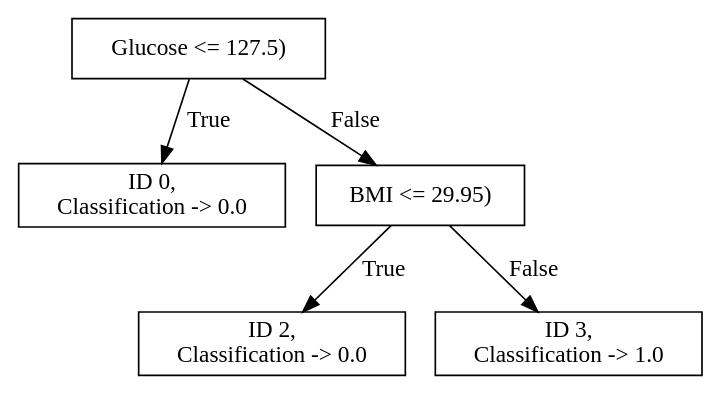
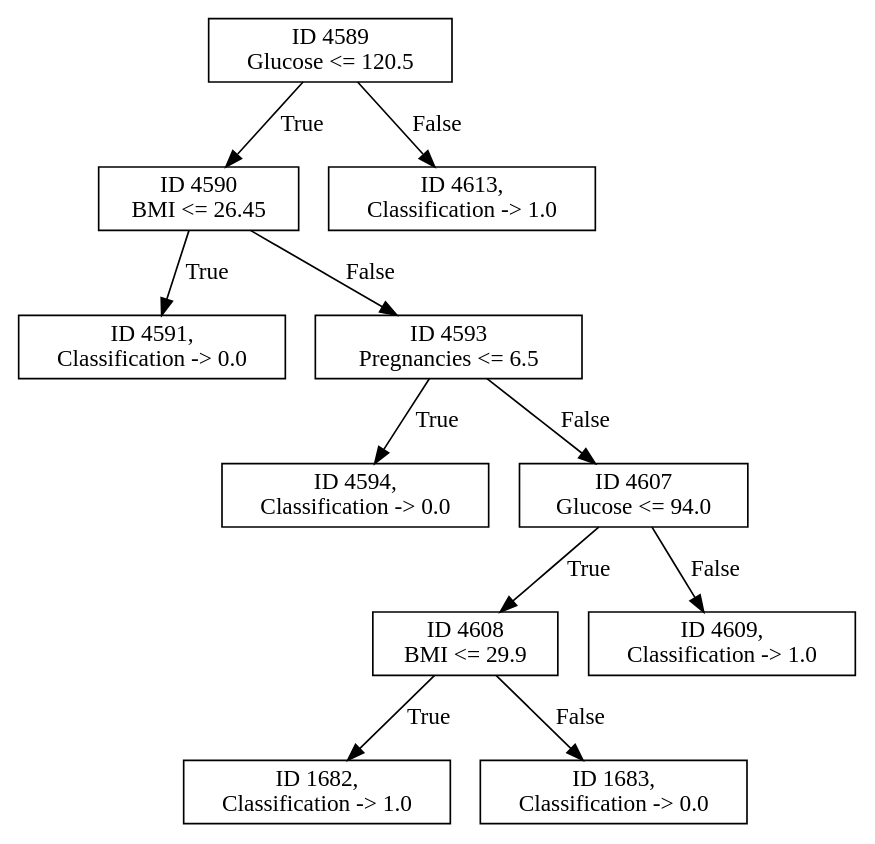
Before and after one commit to anime-sh/CS60050_Assignments: the diagram in Assign1/prunedDT.gv, drawn with Graphviz. The commit also changed 13 other files, not shown here.

```diff
--- a/Assign1/prunedDT.gv
+++ b/Assign1/prunedDT.gv
@@ -1,18 +1,53 @@
 digraph "Decision Tree" {
 	node [shape=rectangle]
-	"Glucose <= 127.5)
-" -> "ID 0,
+	"ID 4589
+Glucose <= 120.5
+" -> "ID 4590
+BMI <= 26.45
+" [label=True]
+	"ID 4589
+Glucose <= 120.5
+" -> "ID 4613,
+Classification -> 1.0
+" [label=False]
+	"ID 4590
+BMI <= 26.45
+" -> "ID 4591,
 Classification -> 0.0
 " [label=True]
-	"Glucose <= 127.5)
-" -> "BMI <= 29.95)
+	"ID 4590
+BMI <= 26.45
+" -> "ID 4593
+Pregnancies <= 6.5
 " [label=False]
-	"BMI <= 29.95)
-" -> "ID 2,
+	"ID 4593
+Pregnancies <= 6.5
+" -> "ID 4594,
 Classification -> 0.0
 " [label=True]
-	"BMI <= 29.95)
-" -> "ID 3,
+	"ID 4593
+Pregnancies <= 6.5
+" -> "ID 4607
+Glucose <= 94.0
+" [label=False]
+	"ID 4607
+Glucose <= 94.0
+" -> "ID 4608
+BMI <= 29.9
+" [label=True]
+	"ID 4607
+Glucose <= 94.0
+" -> "ID 4609,
 Classification -> 1.0
 " [label=False]
+	"ID 4608
+BMI <= 29.9
+" -> "ID 1682,
+Classification -> 1.0
+" [label=True]
+	"ID 4608
+BMI <= 29.9
+" -> "ID 1683,
+Classification -> 0.0
+" [label=False]
 }
```
